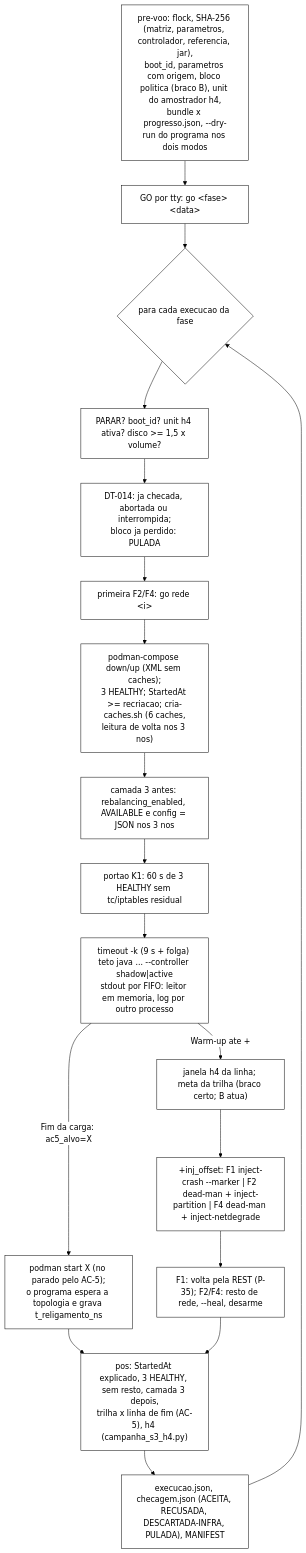
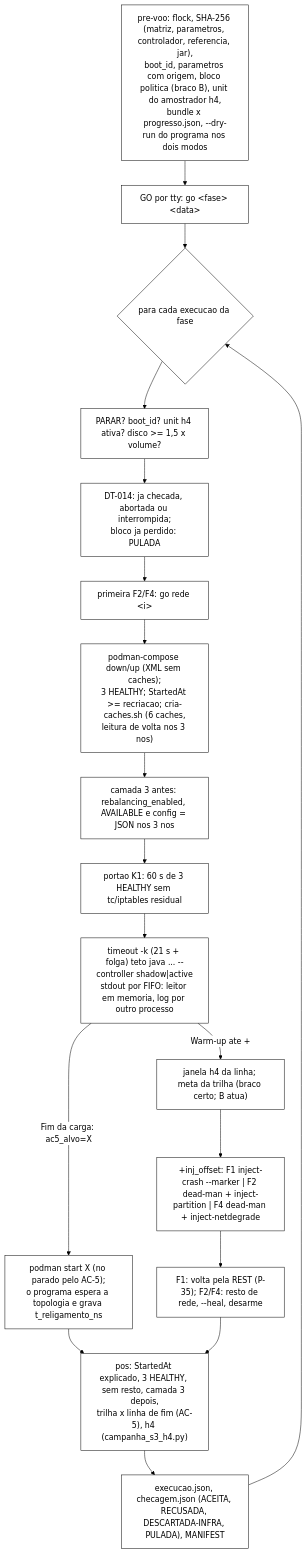
One commit to franpgn/tcc-verificacao-formal-invariantes-sessao changed the first of 6 diagrams in docs/implementacao.md. Above: the diagram before and after it, drawn with Mermaid. The commit also changed other lines of this file and 4 other files, not shown here.

````diff
--- a/docs/implementacao.md
+++ b/docs/implementacao.md
@@ -112,21 +112,21 @@
 ```mermaid
 %%{init: {'theme':'base','themeVariables':{'background':'#ffffff','primaryColor':'#ffffff','primaryTextColor':'#000000','primaryBorderColor':'#000000','lineColor':'#000000','secondaryColor':'#ffffff','tertiaryColor':'#ffffff','clusterBkg':'#ffffff','clusterBorder':'#000000','edgeLabelBackground':'#ffffff','fontFamily':'Arial'}}}%%
 flowchart TD
     PV["pre-voo: flock, SHA-256 (matriz, parametros, controlador, referencia, jar),<br/>boot_id, parametros com origem, bloco politica (braco B), unit do amostrador h4,<br/>bundle x progresso.json, --dry-run do programa nos dois modos"] --> GO["GO por tty: go &lt;fase&gt; &lt;data&gt;"]
     GO --> LAC{"para cada execucao da fase"}
     LAC --> CHK["PARAR? boot_id? unit h4 ativa? disco &gt;= 1,5 x volume?"]
     CHK --> DT["DT-014: ja checada, abortada ou interrompida;<br/>bloco ja perdido: PULADA"]
     DT --> GR["primeira F2/F4: go rede &lt;i&gt;"]
     GR --> REC["podman-compose down/up (XML sem caches);<br/>3 HEALTHY; StartedAt &gt;= recriacao; cria-caches.sh (6 caches,<br/>leitura de volta nos 3 nos)"]
     REC --> C3A["camada 3 antes: rebalancing_enabled, AVAILABLE e config = JSON nos 3 nos"]
     C3A --> K1["portao K1: 60 s de 3 HEALTHY sem tc/iptables residual"]
-    K1 --> CAR["timeout -k (9 s + folga) teto java ... --controller shadow|active<br/>stdout por FIFO: leitor em memoria, log por outro processo"]
+    K1 --> CAR["timeout -k (21 s + folga) teto java ... --controller shadow|active<br/>stdout por FIFO: leitor em memoria, log por outro processo"]
     CAR -- "Warm-up ate +" --> META["janela h4 da linha; meta da trilha (braco certo; B atua)"]
     META --> INJ["+inj_offset: F1 inject-crash --marker | F2 dead-man + inject-partition | F4 dead-man + inject-netdegrade"]
     INJ --> VOL["F1: volta pela REST (P-35); F2/F4: resto de rede, --heal, desarme"]
     CAR -- "Fim da carga: ac5_alvo=X" --> REL["podman start X (no parado pelo AC-5);<br/>o programa espera a topologia e grava t_religamento_ns"]
     REL --> POS["pos: StartedAt explicado, 3 HEALTHY, sem resto, camada 3 depois,<br/>trilha x linha de fim (AC-5), h4 (campanha_s3_h4.py)"]
     VOL --> POS
     POS --> CHG["execucao.json, checagem.json (ACEITA, RECUSADA, DESCARTADA-INFRA, PULADA), MANIFEST"]
     CHG --> LAC
 ```
````
